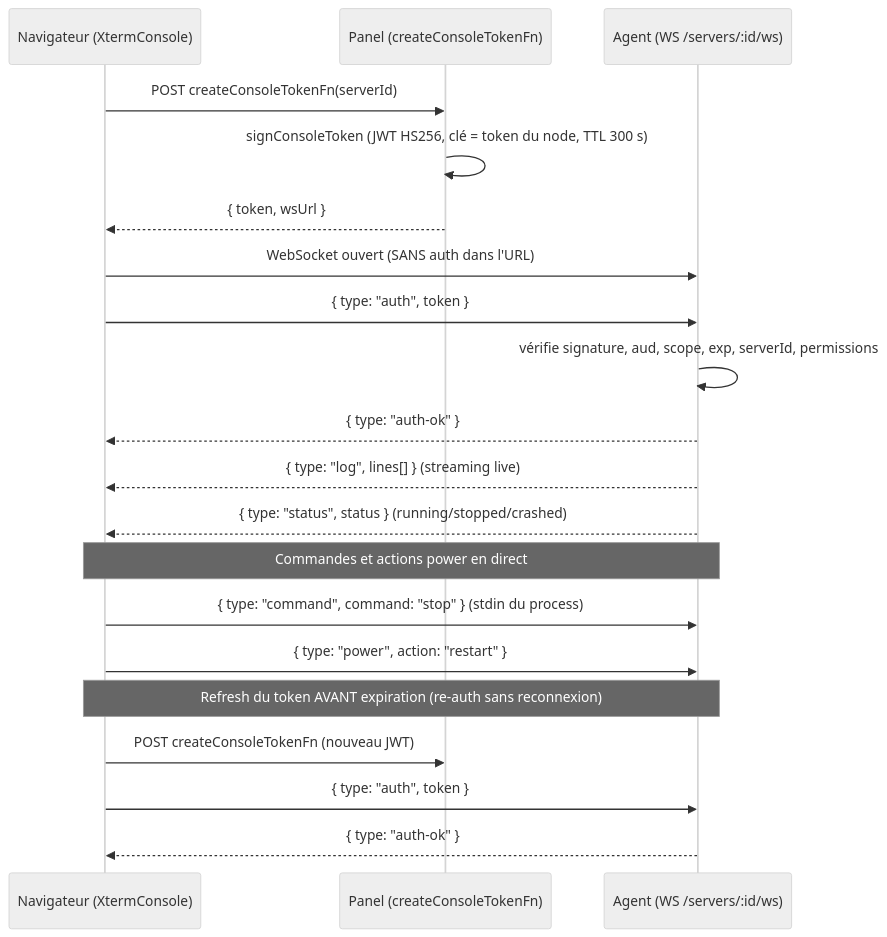
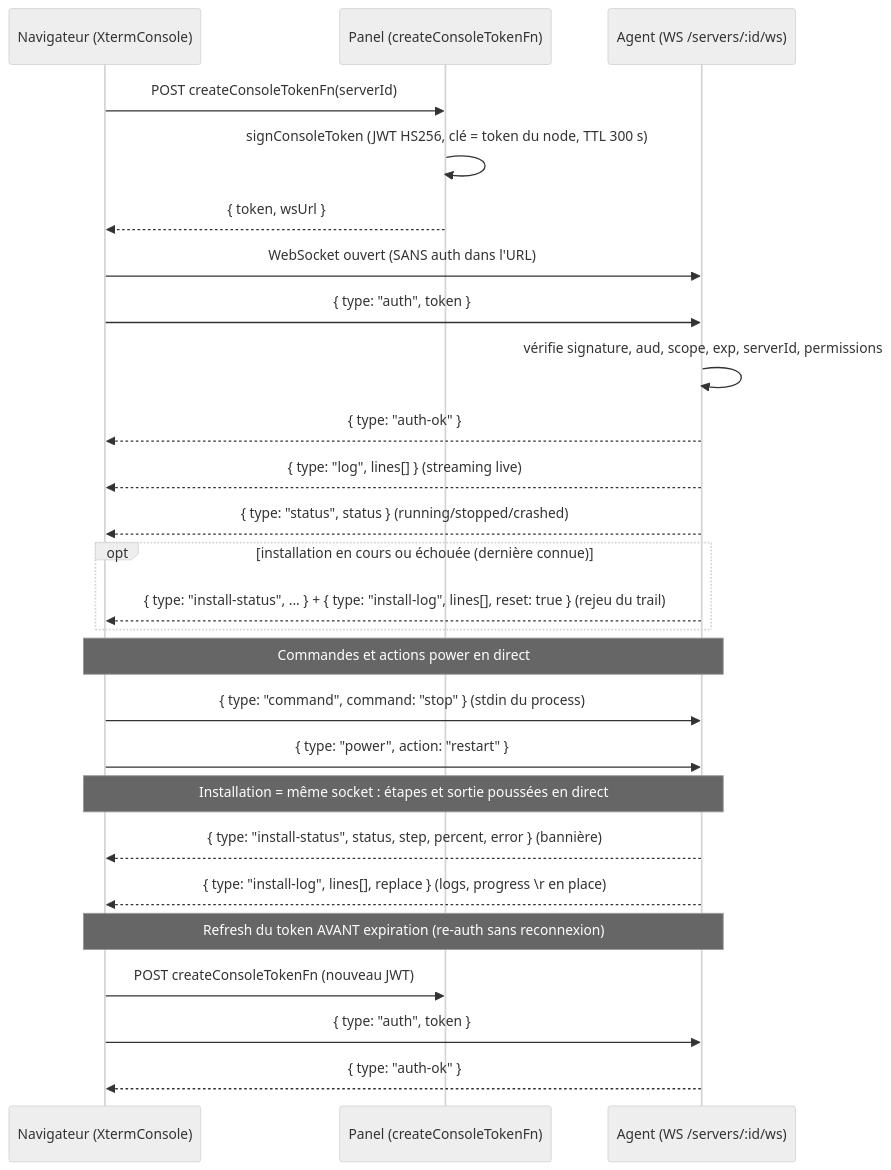
One commit to mojito-panel/panel changed the fourth of 8 diagrams in docs/communications.md. Above: the diagram before and after it, drawn with Mermaid (neutral theme). The commit also changed other lines of this file and 20 other files, not shown here.

````diff
--- a/docs/communications.md
+++ b/docs/communications.md
@@ -126,25 +129,32 @@
 ```mermaid
 sequenceDiagram
     participant N as Navigateur (XtermConsole)
     participant P as Panel (createConsoleTokenFn)
     participant A as Agent (WS /servers/:id/ws)
 
     N->>P: POST createConsoleTokenFn(serverId)
     P->>P: signConsoleToken (JWT HS256, clé = token du node, TTL 300 s)
     P-->>N: { token, wsUrl }
     N->>A: WebSocket ouvert (SANS auth dans l'URL)
     N->>A: { type: "auth", token }
     A->>A: vérifie signature, aud, scope, exp, serverId, permissions
     A-->>N: { type: "auth-ok" }
     A-->>N: { type: "log", lines[] } (streaming live)
     A-->>N: { type: "status", status } (running/stopped/crashed)
+    opt installation en cours ou échouée (dernière connue)
+        A-->>N: { type: "install-status", ... } + { type: "install-log", lines[], reset: true } (rejeu du trail)
+    end
 
     Note over N,A: Commandes et actions power en direct
     N->>A: { type: "command", command: "stop" } (stdin du process)
     N->>A: { type: "power", action: "restart" }
+
+    Note over N,A: Installation = même socket : étapes et sortie poussées en direct
+    A-->>N: { type: "install-status", status, step, percent, error } (bannière)
+    A-->>N: { type: "install-log", lines[], replace } (logs, progress \r en place)
 
     Note over N,A: Refresh du token AVANT expiration (re-auth sans reconnexion)
     N->>P: POST createConsoleTokenFn (nouveau JWT)
     N->>A: { type: "auth", token }
     A-->>N: { type: "auth-ok" }
 ```
````
